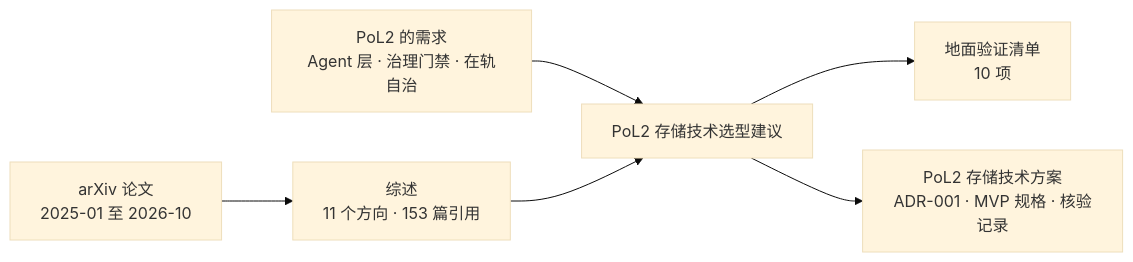
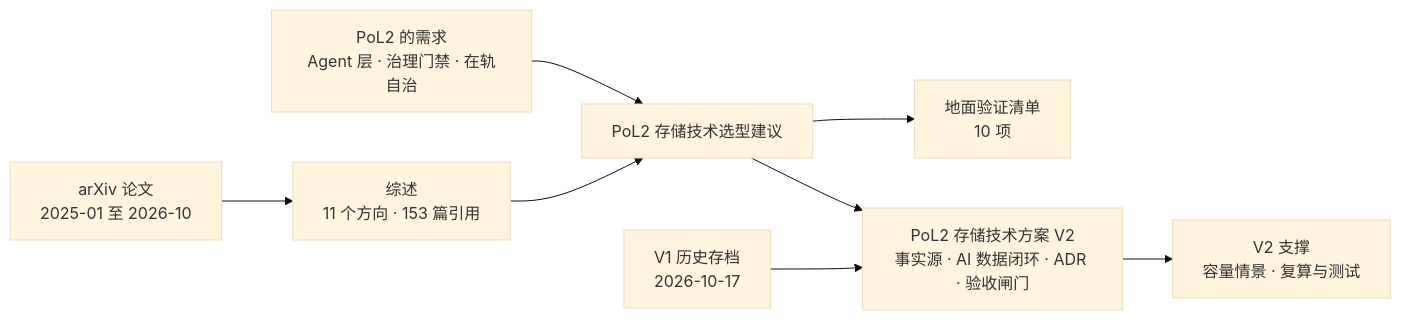
Before and after one commit to naturaldao/NaturalDAO: the diagram in Research/README.md, drawn with Mermaid (base theme). The commit also changed other lines of this file and 7 other files, not shown here.

````diff
--- a/Research/README.md
+++ b/Research/README.md
@@ -21,8 +23,10 @@
 ```mermaid
 flowchart LR
     A["arXiv 论文<br/>2025-01 至 2026-10"] --> B["综述<br/>11 个方向 · 153 篇引用"]
     R["PoL2 的需求<br/>Agent 层 · 治理门禁 · 在轨自治"] --> C
     B --> C["PoL2 存储技术选型建议"]
     C --> D["地面验证清单<br/>10 项"]
-    C --> E["PoL2 存储技术方案<br/>ADR-001 · MVP 规格 · 核验记录"]
+    C --> E["PoL2 存储技术方案 V2<br/>事实源 · AI 数据闭环 · ADR · 验收闸门"]
+    E --> F["V2 支撑<br/>容量情景 · 复算与测试"]
+    V["V1 历史存档<br/>2026-10-17"] --> E
 ```
````
